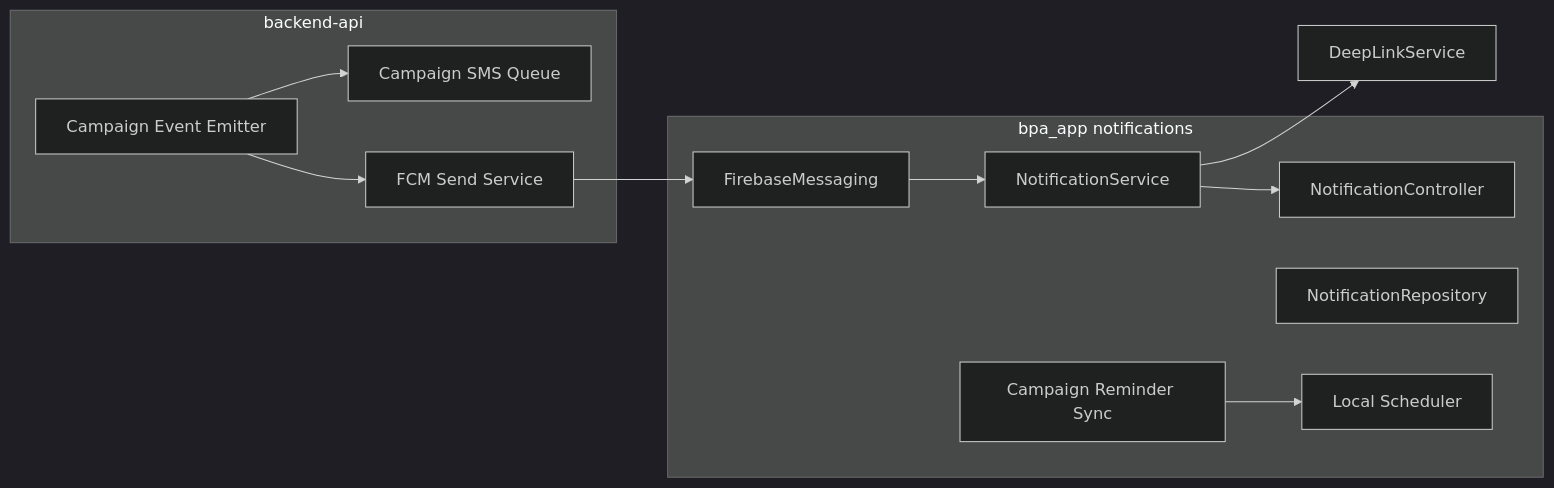
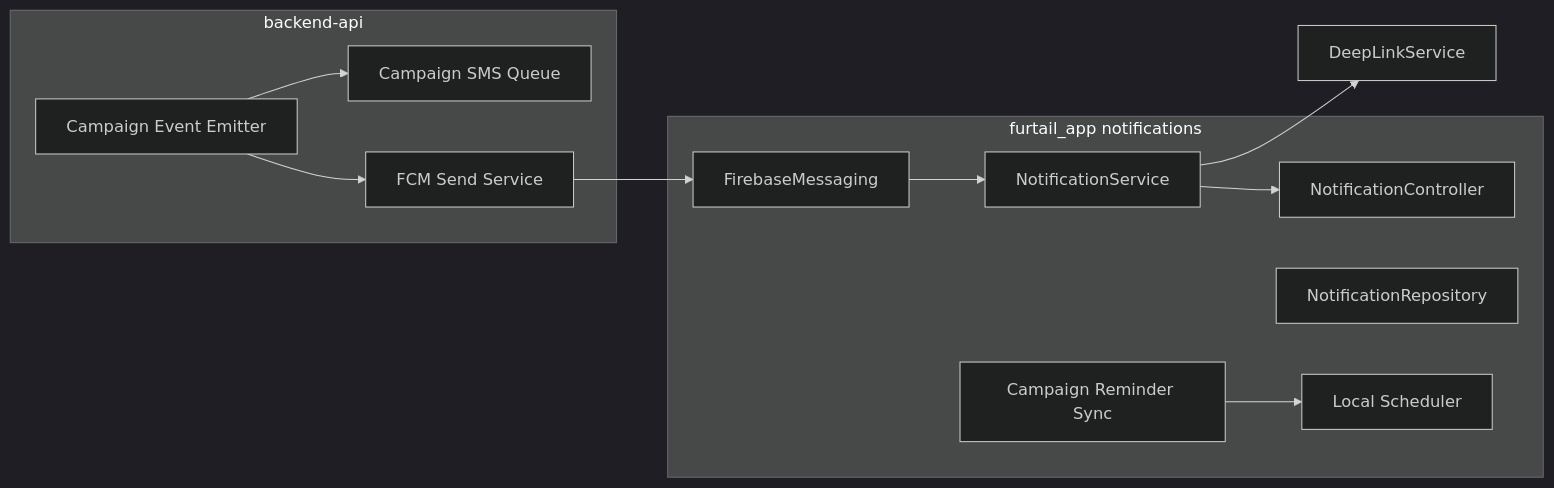
The third of 3 diagrams in docs/planning/mobile_campaign_system_plan.md (balagpetcare/furtail_app), drawn with Mermaid (dark theme) before and after one commit. The commit also changed other lines of this file and 217 other files, not shown here.

Commit message:
chore(furtail-app): rename app branding to Furtail

````diff
--- a/docs/planning/mobile_campaign_system_plan.md
+++ b/docs/planning/mobile_campaign_system_plan.md
@@ -442,24 +442,24 @@
 ```mermaid
 flowchart LR
   subgraph Server["backend-api"]
     CE[Campaign Event Emitter]
     FCM[FCM Send Service]
     SMS[Campaign SMS Queue]
   end
 
-  subgraph Mobile["bpa_app notifications"]
+  subgraph Mobile["furtail_app notifications"]
     FCMIn[FirebaseMessaging]
     NS[NotificationService]
     NC[NotificationController]
     NR[NotificationRepository]
     LS[Local Scheduler]
     CR[Campaign Reminder Sync]
   end
 
   CE --> FCM
   CE --> SMS
   FCM --> FCMIn --> NS
   NS --> NC
   CR --> LS
   NS --> DeepLink[DeepLinkService]
 ```
````
